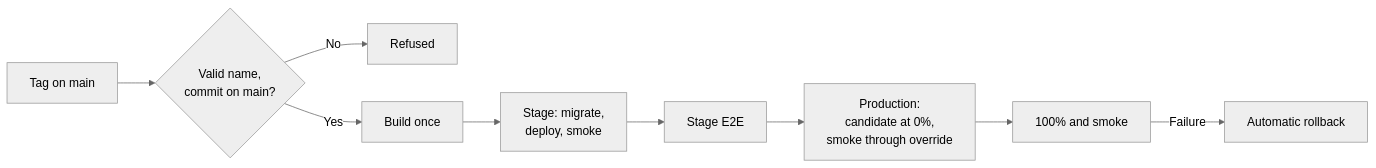
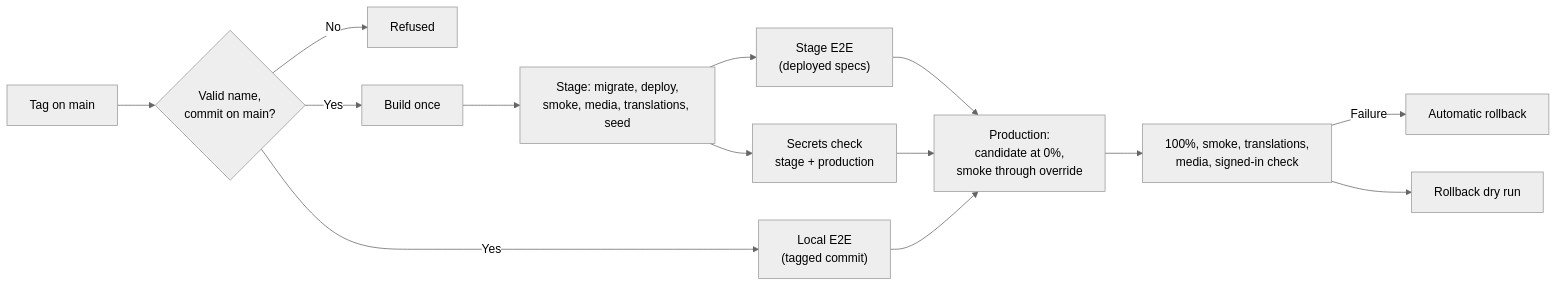
Before and after one commit to Al-Ummah-Now/AlUmmahNowWiki: the diagram in guides/release-process.md, drawn with Mermaid (neutral theme). The commit also changed other lines of this file and 49 other files, not shown here.

````diff
--- a/guides/release-process.md
+++ b/guides/release-process.md
@@ -32,11 +32,16 @@
 ```mermaid
 flowchart LR
     tag["Tag on main"] --> check{"Valid name,<br/>commit on main?"}
     check -- "No" --> refused["Refused"]
     check -- "Yes" --> build["Build once"]
-    build --> stage["Stage: migrate,<br/>deploy, smoke"]
-    stage --> e2e["Stage E2E"]
+    check -- "Yes" --> local["Local E2E<br/>(tagged commit)"]
+    build --> stage["Stage: migrate, deploy,<br/>smoke, media, translations, seed"]
+    stage --> e2e["Stage E2E<br/>(deployed specs)"]
+    stage --> secrets["Secrets check<br/>stage + production"]
     e2e --> zero["Production:<br/>candidate at 0%,<br/>smoke through override"]
-    zero --> full["100% and smoke"]
+    local --> zero
+    secrets --> zero
+    zero --> full["100%, smoke, translations,<br/>media, signed-in check"]
     full -- "Failure" --> rollback["Automatic rollback"]
+    full --> dry["Rollback dry run"]
 ```
````
